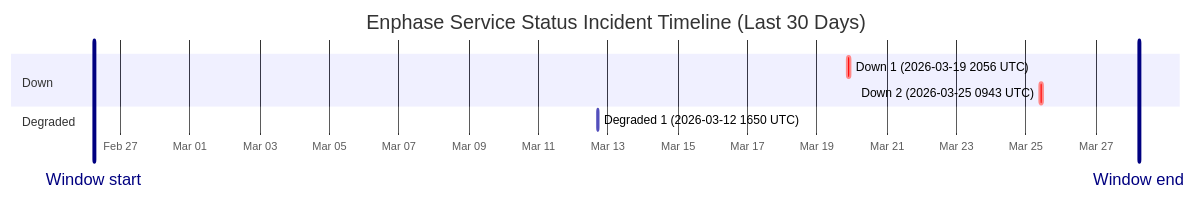
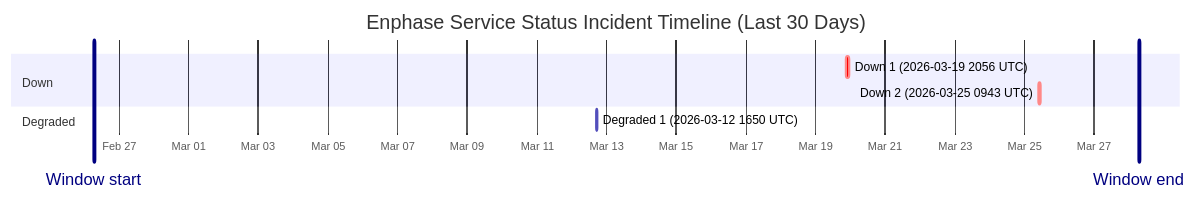
The diagram in wiki/Service-Status-History.md (barneyonline/ha-enphase-ev-charger), drawn with Mermaid before and after one commit. The commit also changed other lines of this file and 3 other files, not shown here.

````diff
--- a/wiki/Service-Status-History.md
+++ b/wiki/Service-Status-History.md
@@ -14,13 +14,13 @@
 ```mermaid
 gantt
     title Enphase Service Status Incident Timeline (Last 30 Days)
     dateFormat  YYYY-MM-DDTHH:mm:ss
     axisFormat  %b %d
-    Window start :vert, window-start, 2026-02-26T05:50:38, 0ms
-    Window end :vert, window-end, 2026-03-28T05:50:38, 0ms
+    Window start :vert, window-start, 2026-02-26T06:46:30, 0ms
+    Window end :vert, window-end, 2026-03-28T06:46:30, 0ms
     section Down
     Down 1 (2026-03-19 2056 UTC) :crit, down-1, 2026-03-19T20:56:20, 145m
     Down 2 (2026-03-25 0943 UTC) :crit, down-2, 2026-03-25T09:43:28, 111m
     section Degraded
     Degraded 1 (2026-03-12 1650 UTC) :active, degraded-1, 2026-03-12T16:50:43, 60m
 ```
````
